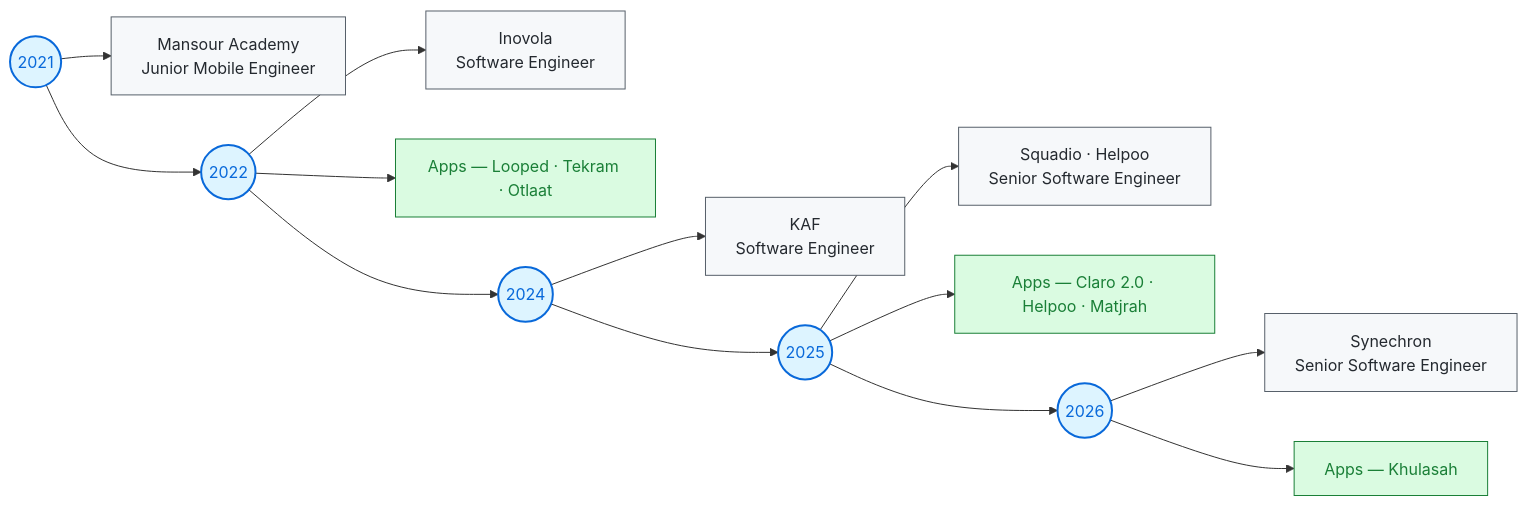
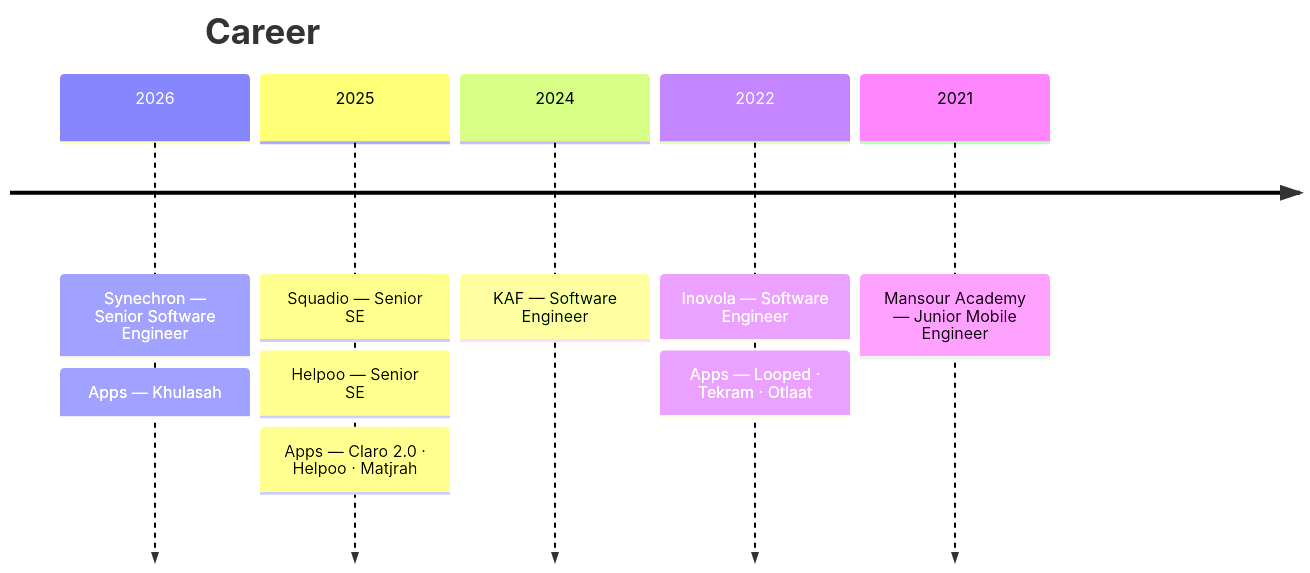
One commit to ehaborae/ehaborae changed the diagram in README.md. Above: the diagram before and after it, drawn with Mermaid. The commit also changed other lines of this file, not shown here.

Commit message:
style: revert Experience to timeline, newest-first, apps as labeled bubbles

````diff
--- a/README.md
+++ b/README.md
@@ -81,19 +81,9 @@
 ```mermaid
-flowchart LR
-    Y2021(("2021")) --> R1["Mansour Academy<br/>Junior Mobile Engineer"]
-    Y2022(("2022")) --> R2["Inovola<br/>Software Engineer"]
-    Y2022 --> A2["Apps — Looped · Tekram · Otlaat"]
-    Y2024(("2024")) --> R3["KAF<br/>Software Engineer"]
-    Y2025(("2025")) --> R4["Squadio · Helpoo<br/>Senior Software Engineer"]
-    Y2025 --> A5["Apps — Claro 2.0 · Helpoo · Matjrah"]
-    Y2026(("2026")) --> R5["Synechron<br/>Senior Software Engineer"]
-    Y2026 --> A6["Apps — Khulasah"]
-    Y2021 --> Y2022 --> Y2024 --> Y2025 --> Y2026
-
-    classDef year fill:#ddf4ff,stroke:#0969da,color:#0969da,stroke-width:2px;
-    classDef role fill:#f6f8fa,stroke:#57606a,color:#24292f;
-    classDef app fill:#dafbe1,stroke:#1a7f37,color:#1a7f37;
-    class Y2021,Y2022,Y2024,Y2025,Y2026 year;
-    class R1,R2,R3,R4,R5 role;
-    class A2,A5,A6 app;
+timeline
+    title Career
+    2026 : Synechron — Senior Software Engineer : Apps — Khulasah
+    2025 : Squadio — Senior SE : Helpoo — Senior SE : Apps — Claro 2.0 · Helpoo · Matjrah
+    2024 : KAF — Software Engineer
+    2022 : Inovola — Software Engineer : Apps — Looped · Tekram · Otlaat
+    2021 : Mansour Academy — Junior Mobile Engineer
 ```
````
